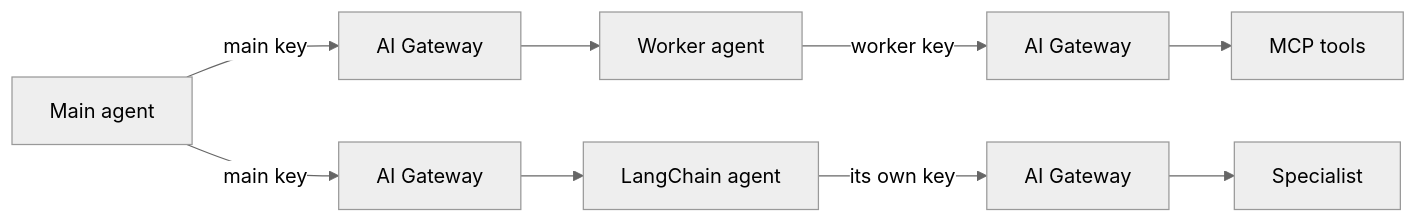
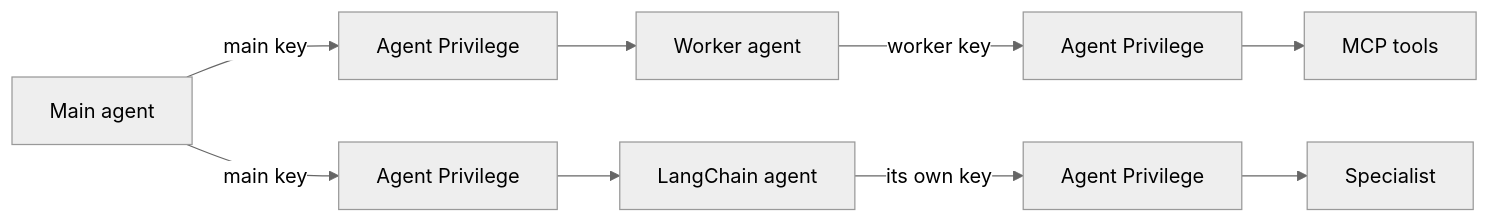
Before and after one commit to curtismu7/AI-DEMO2: the diagram in privilege/A2A-DEMO-AND-SETUP-OUR-ENVIRONMENT.md, drawn with Mermaid (neutral theme). The commit also changed other lines of this file and 123 other files, not shown here.

First line of the commit message:
docs+chore: finish AI Gateway → Agent Privilege rename in docs and services

````diff
--- a/privilege/A2A-DEMO-AND-SETUP-OUR-ENVIRONMENT.md
+++ b/privilege/A2A-DEMO-AND-SETUP-OUR-ENVIRONMENT.md
@@ -27,11 +27,11 @@
 ```mermaid
 flowchart LR
-  M[Main agent] -->|main key| G1[AI Gateway]
+  M[Main agent] -->|main key| G1[Agent Privilege]
   G1 --> W[Worker agent]
-  W -->|worker key| G2[AI Gateway]
+  W -->|worker key| G2[Agent Privilege]
   G2 --> T[MCP tools]
-  M -->|main key| G3[AI Gateway]
+  M -->|main key| G3[Agent Privilege]
   G3 --> L[LangChain agent]
-  L -->|its own key| G4[AI Gateway]
+  L -->|its own key| G4[Agent Privilege]
   G4 --> S[Specialist]
 ```
````
